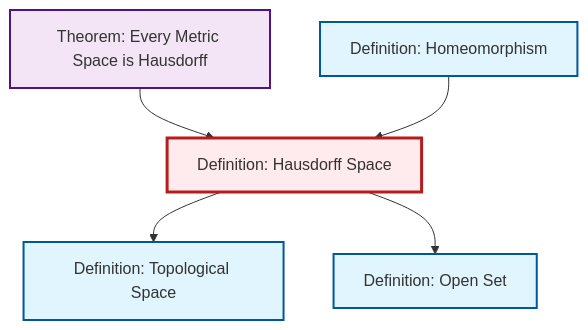
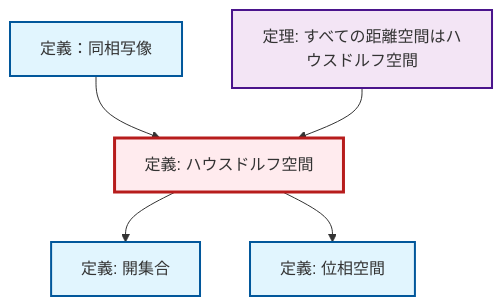
The diagram in content/ja/topology/def-hausdorff.qmd (RK0429/ModernMath), drawn with Mermaid before and after one commit. The commit also changed 1069 other files, not shown here.

````diff
--- a/content/ja/topology/def-hausdorff.qmd
+++ b/content/ja/topology/def-hausdorff.qmd
@@ -54,23 +54,23 @@
 ```{mermaid}
 %%| fig-cap: "Local dependency graph"
 graph TD
     classDef definition fill:#e1f5fe,stroke:#01579b,stroke-width:2px
     classDef theorem fill:#f3e5f5,stroke:#4a148c,stroke-width:2px
     classDef axiom fill:#fff3e0,stroke:#e65100,stroke-width:2px
     classDef example fill:#e8f5e9,stroke:#1b5e20,stroke-width:2px
     classDef current fill:#ffebee,stroke:#b71c1c,stroke-width:3px
-    def-open-set["Definition: Open Set"]:::definition
-    def-hausdorff["Definition: Hausdorff Space"]:::definition
-    def-homeomorphism["Definition: Homeomorphism"]:::definition
-    thm-metric-hausdorff["Theorem: Every Metric Space is Hausdorff"]:::theorem
-    def-topological-space["Definition: Topological Space"]:::definition
-    thm-metric-hausdorff --> def-hausdorff
-    def-hausdorff --> def-topological-space
+    thm-metric-hausdorff["定理: すべての距離空間はハウスドルフ空間"]:::theorem
+    def-homeomorphism["定義：同相写像"]:::definition
+    def-hausdorff["定義: ハウスドルフ空間"]:::definition
+    def-open-set["定義: 開集合"]:::definition
+    def-topological-space["定義: 位相空間"]:::definition
     def-hausdorff --> def-open-set
     def-homeomorphism --> def-hausdorff
+    def-hausdorff --> def-topological-space
+    thm-metric-hausdorff --> def-hausdorff
     class def-hausdorff current
-    click def-open-set "def-open-set.html" "Definition: Open Setへ"
-    click def-homeomorphism "def-homeomorphism.html" "Definition: Homeomorphismへ"
-    click thm-metric-hausdorff "thm-metric-hausdorff.html" "Theorem: Every Metric Space is Hausdorffへ"
-    click def-topological-space "def-topological-space.html" "Definition: Topological Spaceへ"
+    click thm-metric-hausdorff "thm-metric-hausdorff.html" "すべての距離空間はハウスドルフ空間の定理へ"
+    click def-homeomorphism "def-homeomorphism.html" "定義：同相写像へ"
+    click def-open-set "def-open-set.html" "開集合の定義へ"
+    click def-topological-space "def-topological-space.html" "位相空間の定義へ"
 ```
````
